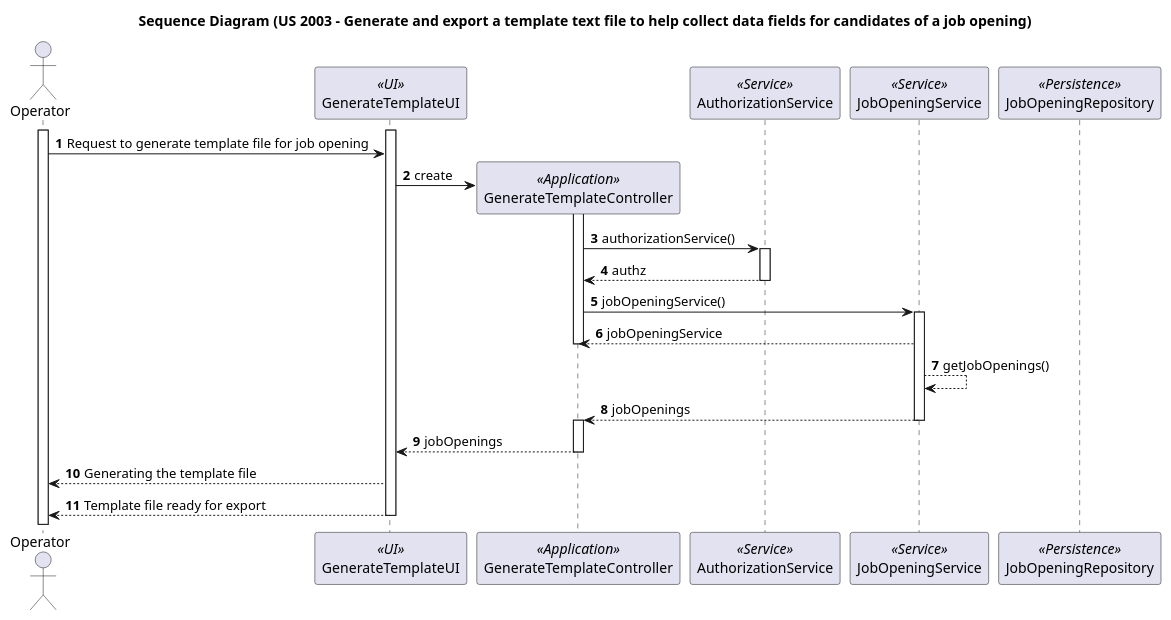
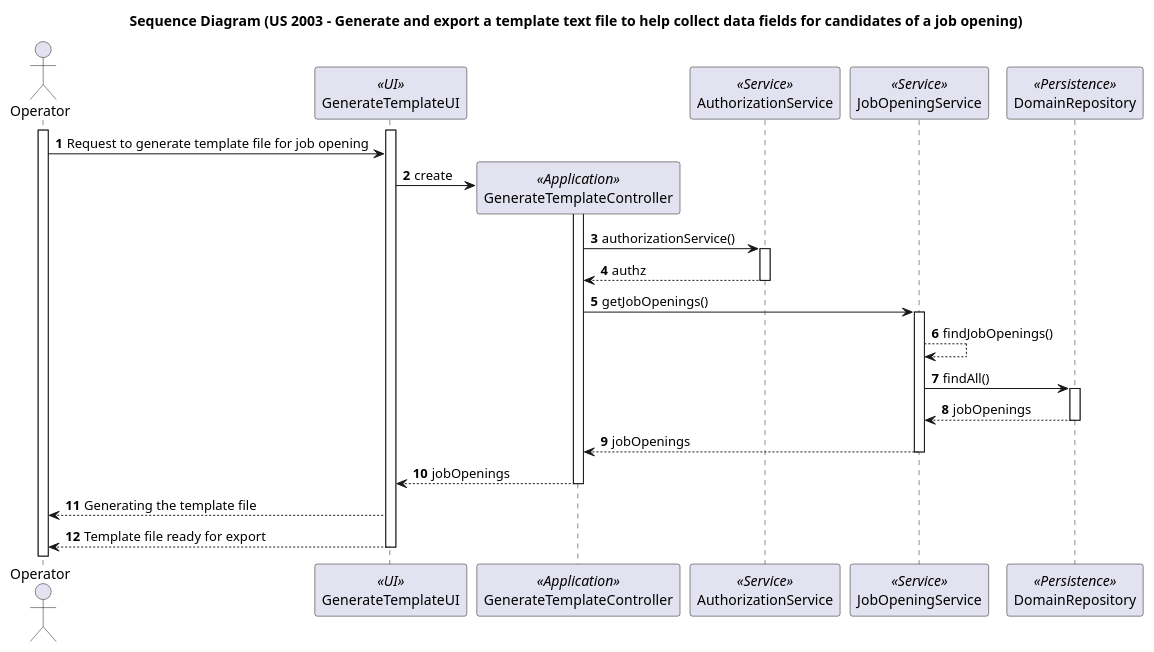
One commit to marcoferreira37/Lapr4 changed the diagram in docs/sprintB/2003/puml/2003-sequence-diagram.puml. Above: the diagram before and after it, drawn with PlantUML.

Commit message:
#48 documentation for us 2004 continuation

```diff
--- a/docs/sprintB/2003/puml/2003-sequence-diagram.puml
+++ b/docs/sprintB/2003/puml/2003-sequence-diagram.puml
@@ -1,39 +1,39 @@
 @startuml
 title Sequence Diagram (US 2003 - Generate and export a template text file to help collect data fields for candidates of a job opening)
 
 autonumber
 actor Operator as Operator
 participant GenerateTemplateUI as UI <<UI>>
 participant GenerateTemplateController as CTRL <<Application>>
 participant AuthorizationService as AS <<Service>>
 participant JobOpeningService as UMS <<Service>>
-participant JobOpeningRepository as URepo <<Persistence>>
-
+participant DomainRepository as URepo <<Persistence>>
 
 
 activate Operator
 activate UI
 Operator -> UI: Request to generate template file for job opening
 
 UI -> CTRL**:create
 activate CTRL
 CTRL -> AS : authorizationService()
 activate AS
 AS --> CTRL: authz
 deactivate AS
-CTRL-> UMS : jobOpeningService()
+CTRL-> UMS : getJobOpenings()
 activate UMS
-UMS-->CTRL: jobOpeningService
-deactivate CTRL
-UMS-->UMS: getJobOpenings()
-UMS-->CTRL : jobOpenings
+UMS-->UMS: findJobOpenings()
+UMS->URepo :findAll()
+activate URepo
+URepo-->UMS: jobOpenings
+deactivate URepo
+UMS-->CTRL: jobOpenings
 deactivate UMS
-activate CTRL
 CTRL--> UI: jobOpenings
 deactivate CTRL
 UI --> Operator: Generating the template file
 UI --> Operator: Template file ready for export
 deactivate UI
 
 
 @enduml
```
